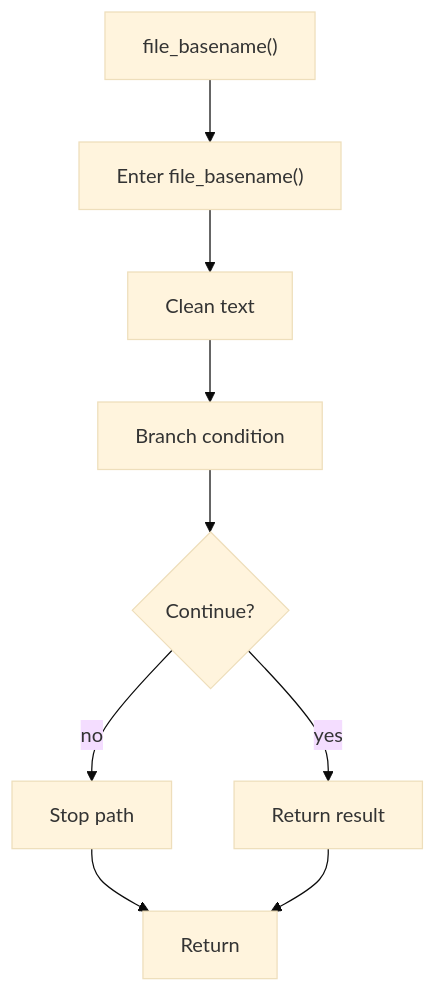
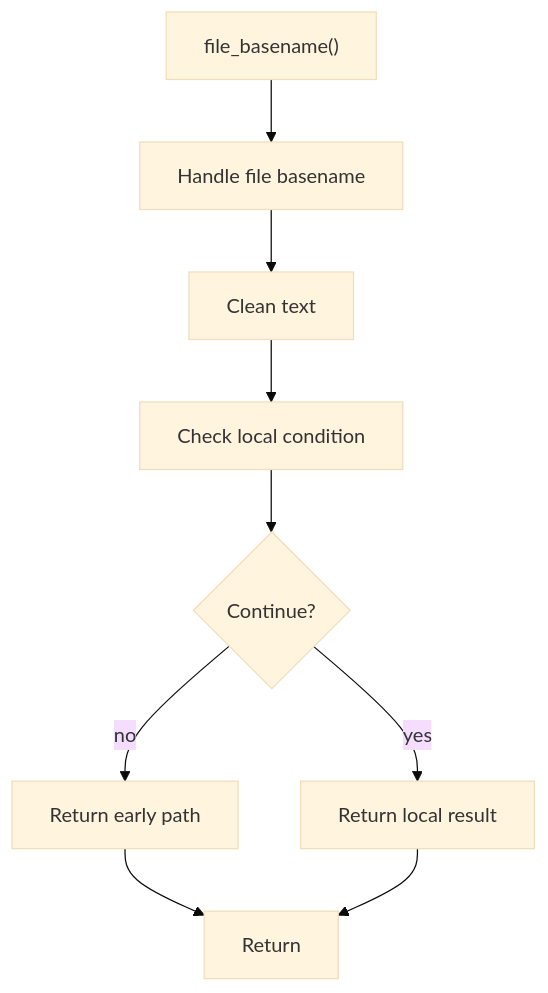
One commit to JohnAndrewBalbarosa/NeoTerritory changed the diagram in docs/Codebase/Microservice/Modules/Source/HashingMechanism/HashLinks/Common/Flow/functions/file_basename.cpp.md. Above: the diagram before and after it, drawn with Mermaid (base theme). The commit also changed other lines of this file and 915 other files, not shown here.

````diff
--- a/docs/Codebase/Microservice/Modules/Source/HashingMechanism/HashLinks/Common/Flow/functions/file_basename.cpp.md
+++ b/docs/Codebase/Microservice/Modules/Source/HashingMechanism/HashLinks/Common/Flow/functions/file_basename.cpp.md
@@ -18,19 +18,19 @@
 ```mermaid
 flowchart TD
     Start["file_basename()"]
-    N0["Enter file_basename()"]
+    N0["Handle file basename"]
     N1["Clean text"]
-    N2["Branch condition"]
+    N2["Check local condition"]
     D2{"Continue?"}
-    R2["Stop path"]
-    N3["Return result"]
+    R2["Return early path"]
+    N3["Return local result"]
     End["Return"]
     Start --> N0
     N0 --> N1
     N1 --> N2
     N2 --> D2
     D2 -->|yes| N3
     D2 -->|no| R2
     R2 --> End
     N3 --> End
 ```
````
